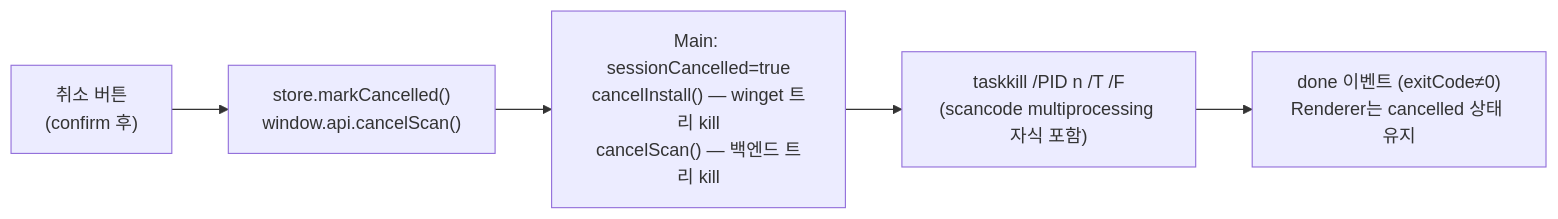
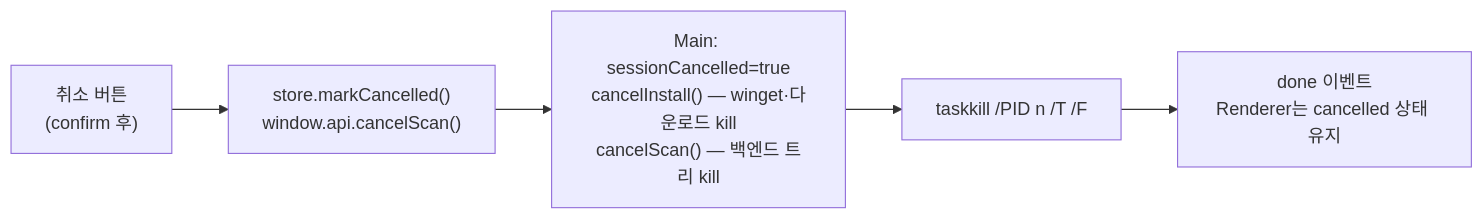
Before and after one commit to fosslight/fosslight_scanner_gui: the third of 3 diagrams in docs/02-scan-flow.md, drawn with Mermaid. The commit also changed other lines of this file and 8 other files, not shown here.

````diff
--- a/docs/02-scan-flow.md
+++ b/docs/02-scan-flow.md
@@ -69,7 +92,7 @@
 ```mermaid
 flowchart LR
     A["취소 버튼<br/>(confirm 후)"] --> B["store.markCancelled()<br/>window.api.cancelScan()"]
-    B --> C["Main: sessionCancelled=true<br/>cancelInstall() — winget 트리 kill<br/>cancelScan() — 백엔드 트리 kill"]
-    C --> D["taskkill /PID n /T /F<br/>(scancode multiprocessing 자식 포함)"]
-    D --> E["done 이벤트 (exitCode≠0)<br/>Renderer는 cancelled 상태 유지"]
+    B --> C["Main: sessionCancelled=true<br/>cancelInstall() — winget·다운로드 kill<br/>cancelScan() — 백엔드 트리 kill"]
+    C --> D["taskkill /PID n /T /F"]
+    D --> E["done 이벤트<br/>Renderer는 cancelled 상태 유지"]
 ```
````
